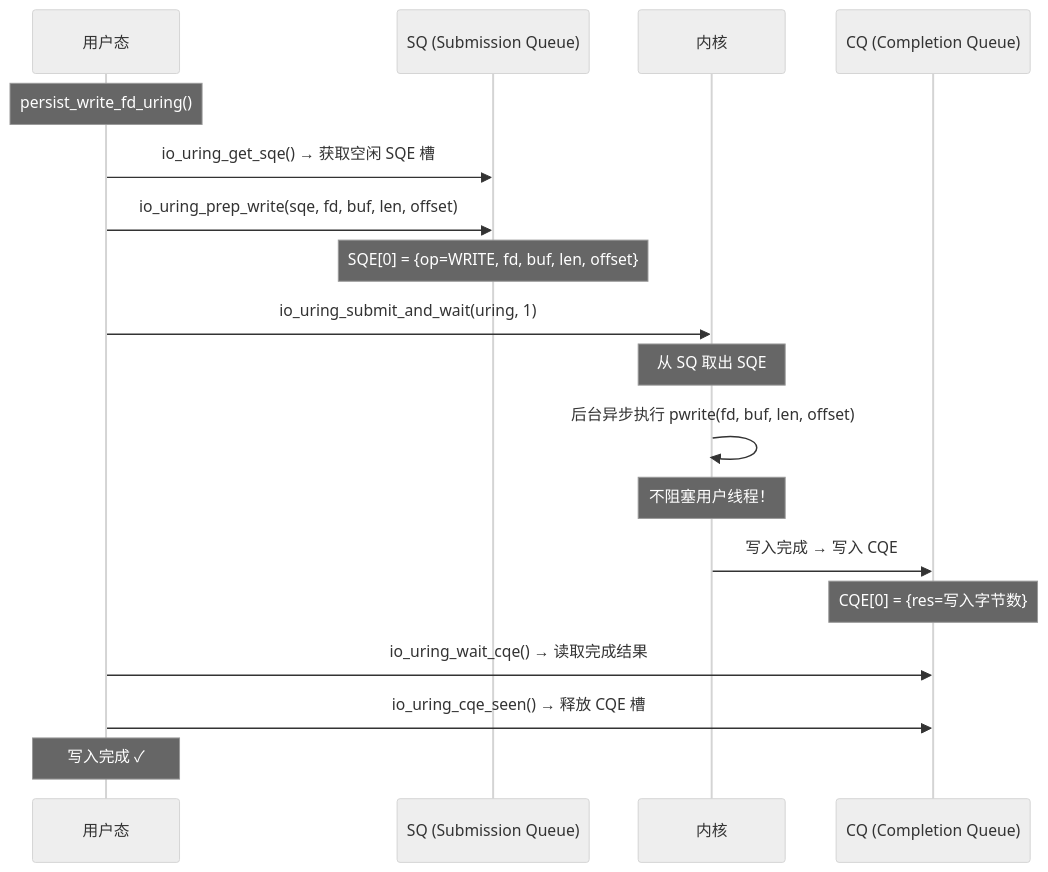
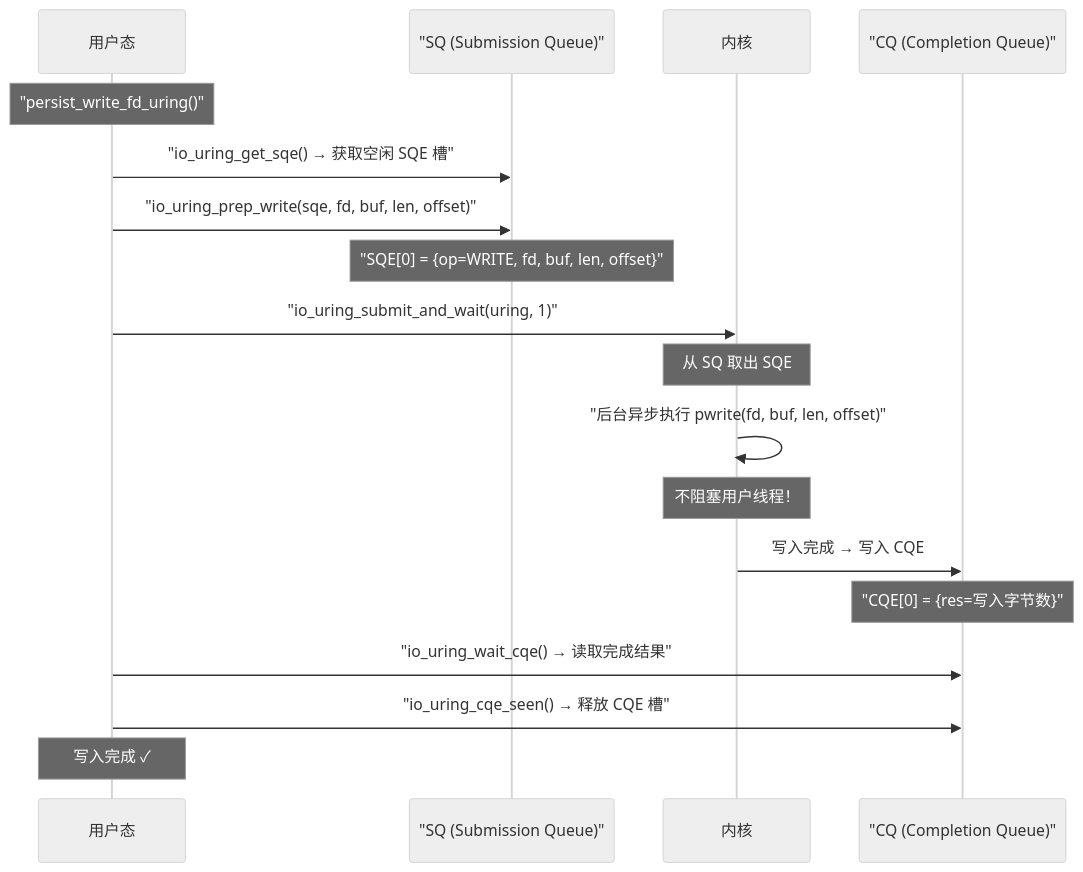
The eighth of 15 diagrams in README.md (robotlover-1/kvstore), drawn with Mermaid (neutral theme) before and after one commit. The commit also changed other lines of this file, not shown here.

First line of the commit message:
docs: 修复 mermaid sequence diagram 特殊字符渲染

````diff
--- a/README.md
+++ b/README.md
@@ -1376,23 +1376,23 @@
 ```mermaid
 sequenceDiagram
     participant U as 用户态
-    participant SQ as SQ (Submission Queue)
+    participant SQ as "SQ (Submission Queue)"
     participant K as 内核
-    participant CQ as CQ (Completion Queue)
+    participant CQ as "CQ (Completion Queue)"
 
-    Note over U: persist_write_fd_uring()
-    U->>SQ: io_uring_get_sqe() → 获取空闲 SQE 槽
-    U->>SQ: io_uring_prep_write(sqe, fd, buf, len, offset)
-    Note over SQ: SQE[0] = {op=WRITE, fd, buf, len, offset}
+    Note over U: "persist_write_fd_uring()"
+    U->>SQ: "io_uring_get_sqe() → 获取空闲 SQE 槽"
+    U->>SQ: "io_uring_prep_write(sqe, fd, buf, len, offset)"
+    Note over SQ: "SQE[0] = {op=WRITE, fd, buf, len, offset}"
 
-    U->>K: io_uring_submit_and_wait(uring, 1)
+    U->>K: "io_uring_submit_and_wait(uring, 1)"
     Note over K: 从 SQ 取出 SQE
-    K->>K: 后台异步执行 pwrite(fd, buf, len, offset)
+    K->>K: "后台异步执行 pwrite(fd, buf, len, offset)"
     Note over K: 不阻塞用户线程！
     K->>CQ: 写入完成 → 写入 CQE
-    Note over CQ: CQE[0] = {res=写入字节数}
+    Note over CQ: "CQE[0] = {res=写入字节数}"
 
-    U->>CQ: io_uring_wait_cqe() → 读取完成结果
-    U->>CQ: io_uring_cqe_seen() → 释放 CQE 槽
+    U->>CQ: "io_uring_wait_cqe() → 读取完成结果"
+    U->>CQ: "io_uring_cqe_seen() → 释放 CQE 槽"
     Note over U: 写入完成 ✓
 ```
````
